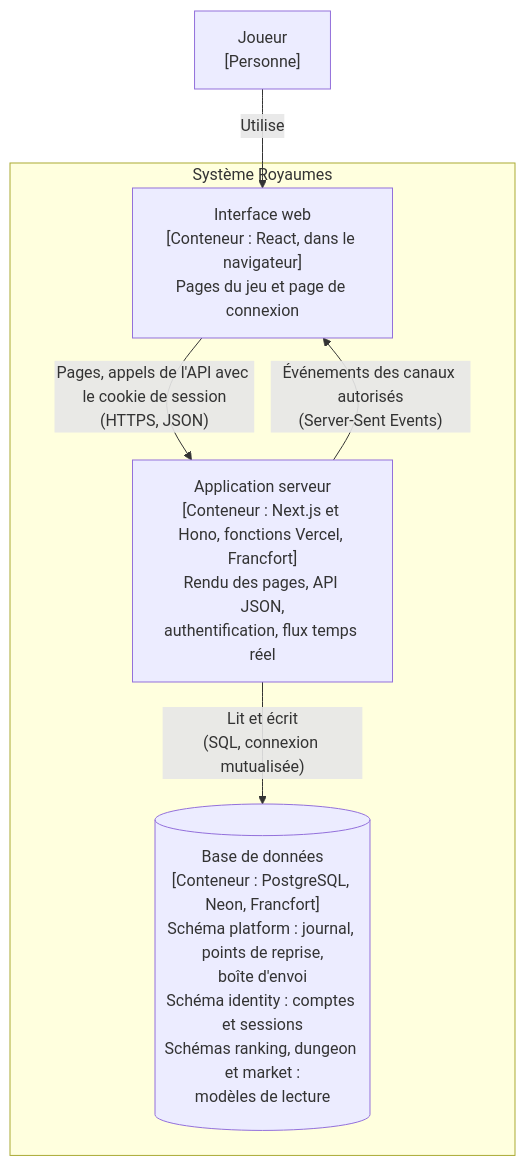
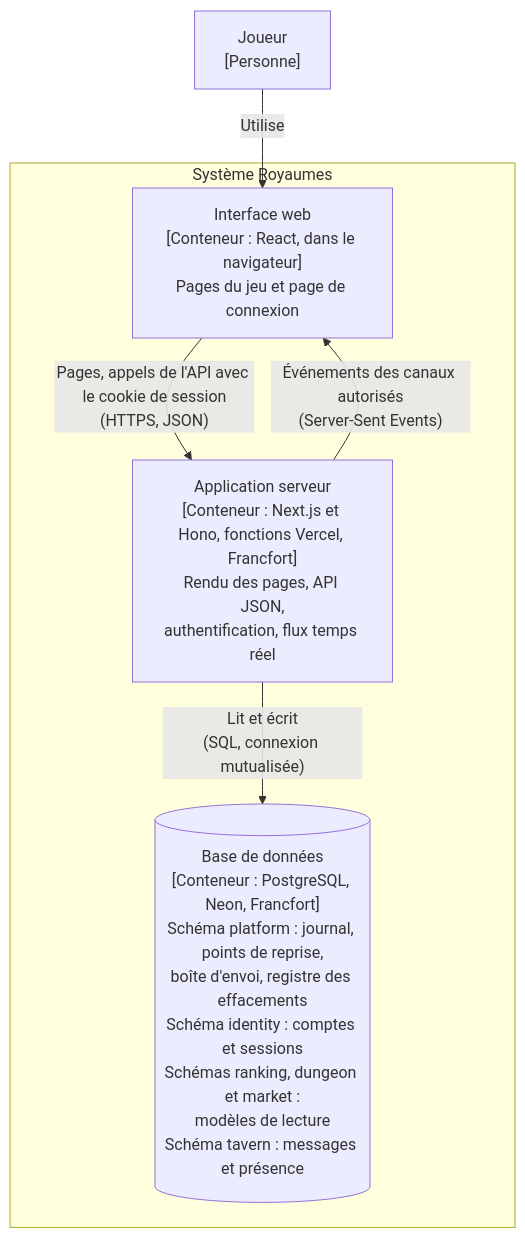
One commit to Swixos/royaumes changed the second of 4 diagrams in docs/architecture.md. Above: the diagram before and after it, drawn with Mermaid. The commit also changed other lines of this file and 1 other file, not shown here.

First line of the commit message:
docs: update the tavern and personal data documentation

````diff
--- a/docs/architecture.md
+++ b/docs/architecture.md
@@ -25,13 +25,13 @@
 ```mermaid
 flowchart TB
   joueur["Joueur<br/>[Personne]"]
   subgraph royaumes["Système Royaumes"]
     web["Interface web<br/>[Conteneur : React, dans le navigateur]<br/>Pages du jeu et page de connexion"]
     serveur["Application serveur<br/>[Conteneur : Next.js et Hono, fonctions Vercel, Francfort]<br/>Rendu des pages, API JSON,<br/>authentification, flux temps réel"]
-    base[("Base de données<br/>[Conteneur : PostgreSQL, Neon, Francfort]<br/>Schéma platform : journal, points de reprise,<br/>boîte d'envoi<br/>Schéma identity : comptes et sessions<br/>Schémas ranking, dungeon et market :<br/>modèles de lecture")]
+    base[("Base de données<br/>[Conteneur : PostgreSQL, Neon, Francfort]<br/>Schéma platform : journal, points de reprise,<br/>boîte d'envoi, registre des effacements<br/>Schéma identity : comptes et sessions<br/>Schémas ranking, dungeon et market :<br/>modèles de lecture<br/>Schéma tavern : messages et présence")]
   end
   joueur -->|"Utilise"| web
   web -->|"Pages, appels de l'API avec le cookie de session<br/>(HTTPS, JSON)"| serveur
   serveur -->|"Événements des canaux autorisés<br/>(Server-Sent Events)"| web
   serveur -->|"Lit et écrit<br/>(SQL, connexion mutualisée)"| base
 ```
````
